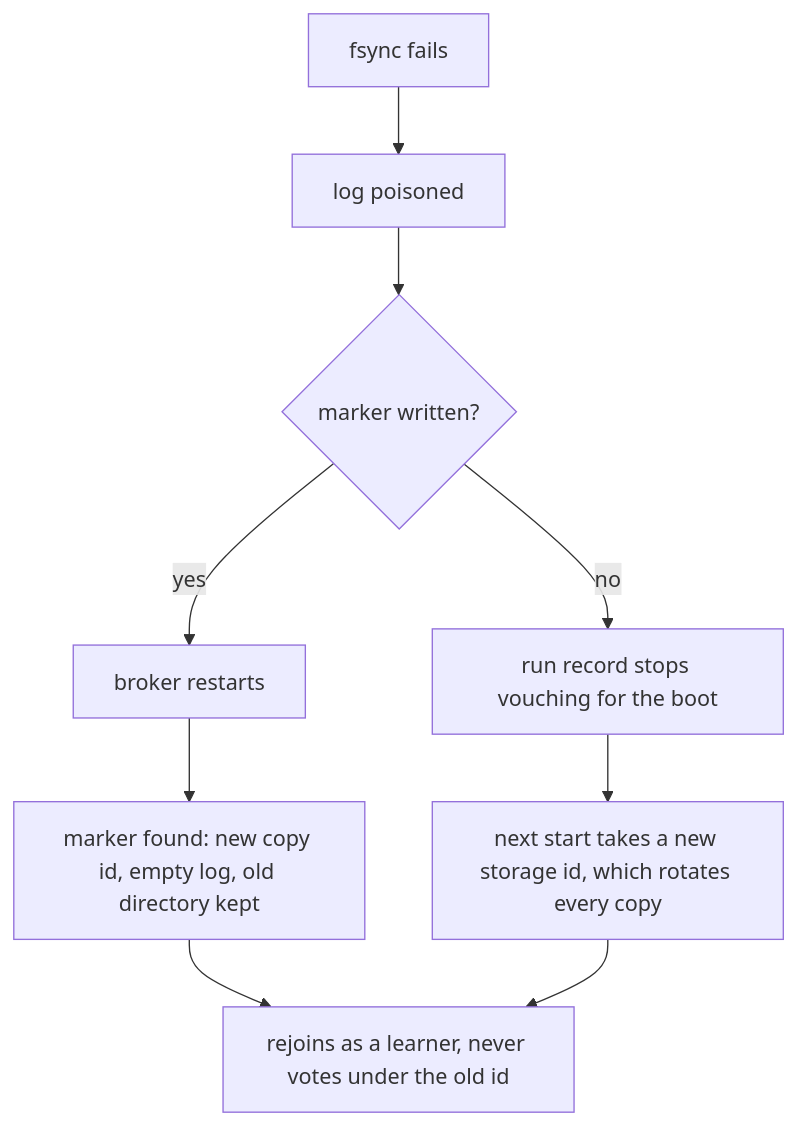
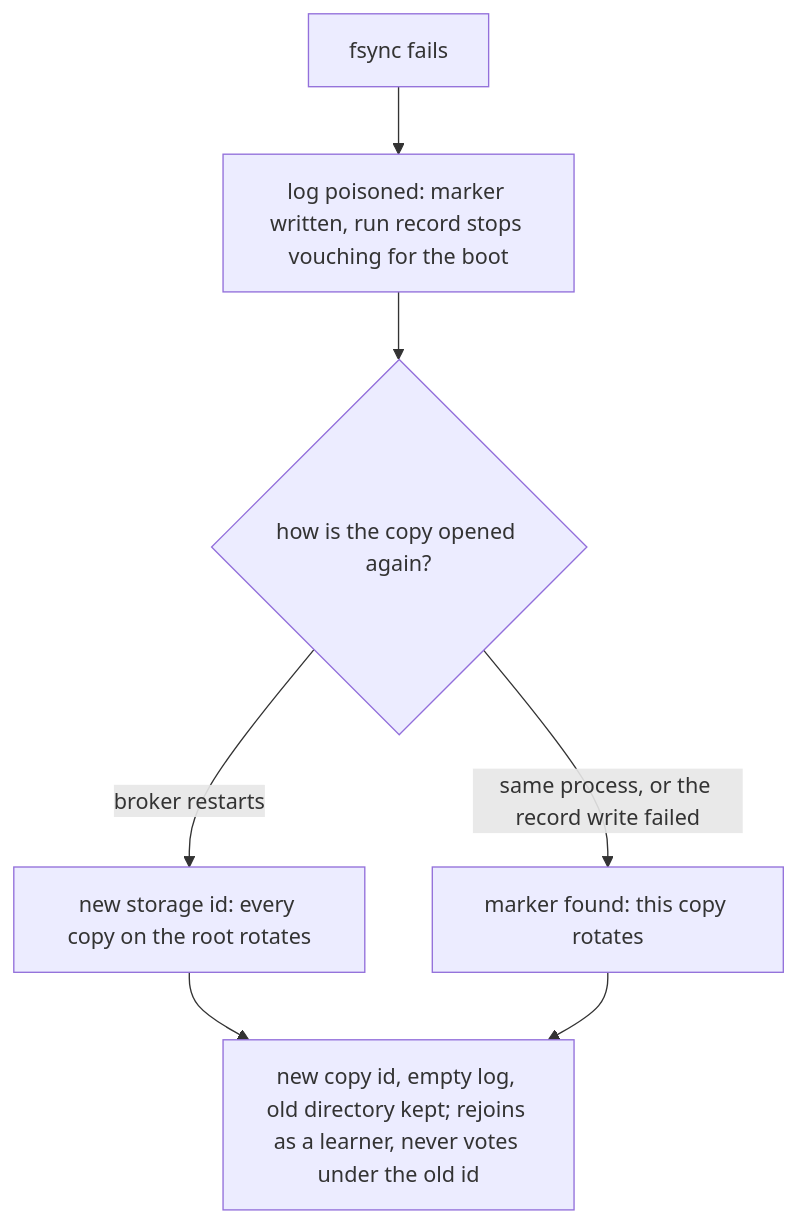
One commit to GetFelix/felix changed the first of 5 diagrams in docs/per-shard-raft.md. Above: the diagram before and after it, drawn with Mermaid. The commit also changed other lines of this file and 7 other files, not shown here.

First line of the commit message:
fix(storage): a copy root watches its root for poison; review fixes (#2469)

````diff
--- a/docs/per-shard-raft.md
+++ b/docs/per-shard-raft.md
@@ -317,11 +324,9 @@
 ```mermaid
 flowchart TD
-    fail["fsync fails"] --> poisoned["log poisoned"]
-    poisoned --> marker{"marker written?"}
-    marker -- yes --> restart["broker restarts"]
-    restart --> rotate["marker found: new copy id, empty log, old directory kept"]
-    marker -- no --> record["run record stops vouching for the boot"]
-    record --> sid["next start takes a new storage id, which rotates every copy"]
-    rotate --> learner["rejoins as a learner, never votes under the old id"]
-    sid --> learner
+    fail["fsync fails"] --> poisoned["log poisoned: marker written, run record stops vouching for the boot"]
+    poisoned --> how{"how is the copy opened again?"}
+    how -- "broker restarts" --> sid["new storage id: every copy on the root rotates"]
+    how -- "same process, or the record write failed" --> marker["marker found: this copy rotates"]
+    sid --> learner["new copy id, empty log, old directory kept; rejoins as a learner, never votes under the old id"]
+    marker --> learner
 ```
````
